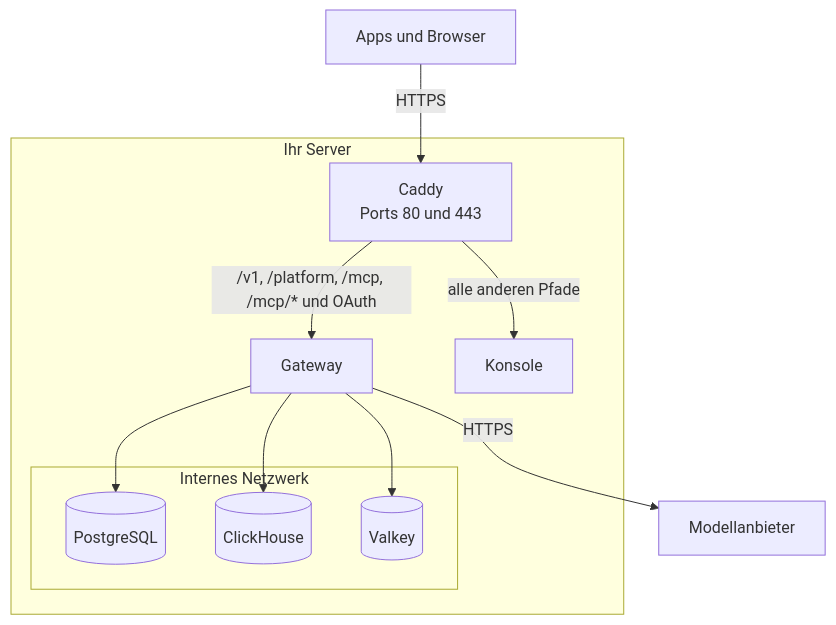
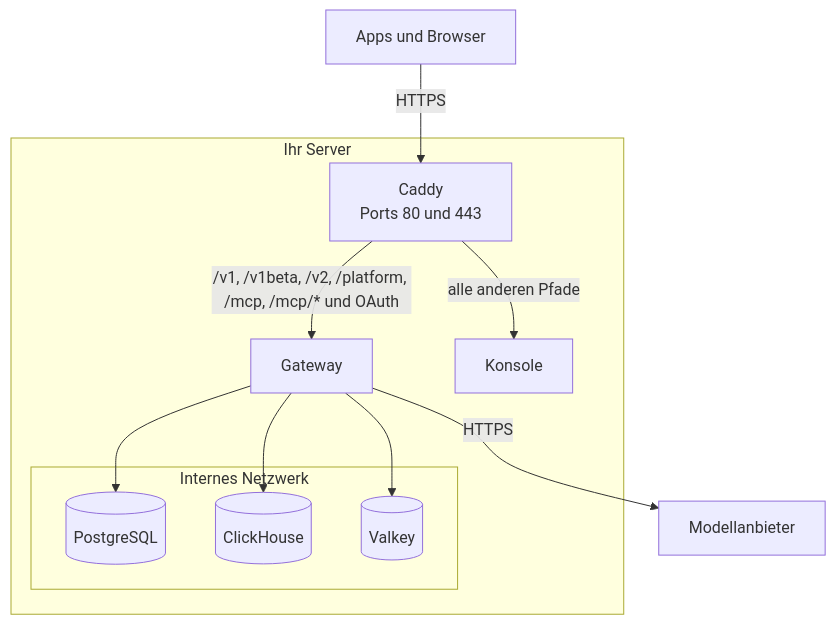
The diagram in apps/docs/content/de/self-hosting/how-it-works.md (logicplanes/kaeso), drawn with Mermaid before and after one commit. The commit also changed 44 other files, not shown here.

````diff
--- a/apps/docs/content/de/self-hosting/how-it-works.md
+++ b/apps/docs/content/de/self-hosting/how-it-works.md
@@ -10,22 +10,22 @@
 ```mermaid
 flowchart TD
   accTitle: Die Dienste einer Kaeso-Installation
-  accDescr: Apps und Browser erreichen die Installation nur über Caddy, auf den Ports 80 und 443. Caddy leitet /v1, /platform, den MCP-Server und seine OAuth-Anmeldung an das Gateway und alle anderen Pfade an die Konsole weiter. PostgreSQL, ClickHouse und Valkey liegen in einem internen Netzwerk, das nur das Gateway erreicht, und das Gateway ruft die Modellanbieter über HTTPS auf.
+  accDescr: Apps und Browser erreichen die Installation nur über Caddy, auf den Ports 80 und 443. Caddy leitet /v1, /v1beta, /v2, /platform, den MCP-Server und seine OAuth-Anmeldung an das Gateway und alle anderen Pfade an die Konsole weiter. PostgreSQL, ClickHouse und Valkey liegen in einem internen Netzwerk, das nur das Gateway erreicht, und das Gateway ruft die Modellanbieter über HTTPS auf.
   clients[Apps und Browser]:::outside
   subgraph server [Ihr Server]
     caddy[Caddy<br>Ports 80 und 443]
     gateway[Gateway]:::accent
     console[Konsole]
     subgraph data [Internes Netzwerk]
       postgres[(PostgreSQL)]
       clickhouse[(ClickHouse)]
       valkey[(Valkey)]
     end
   end
   providers[Modellanbieter]:::outside
   clients -- HTTPS --> caddy
-  caddy -- /v1, /platform, /mcp, /mcp/* und OAuth --> gateway
+  caddy -- /v1, /v1beta, /v2, /platform, /mcp, /mcp/* und OAuth --> gateway
   caddy -- alle anderen Pfade --> console
   gateway --> postgres & clickhouse & valkey
   gateway -- HTTPS --> providers
 ```
````
